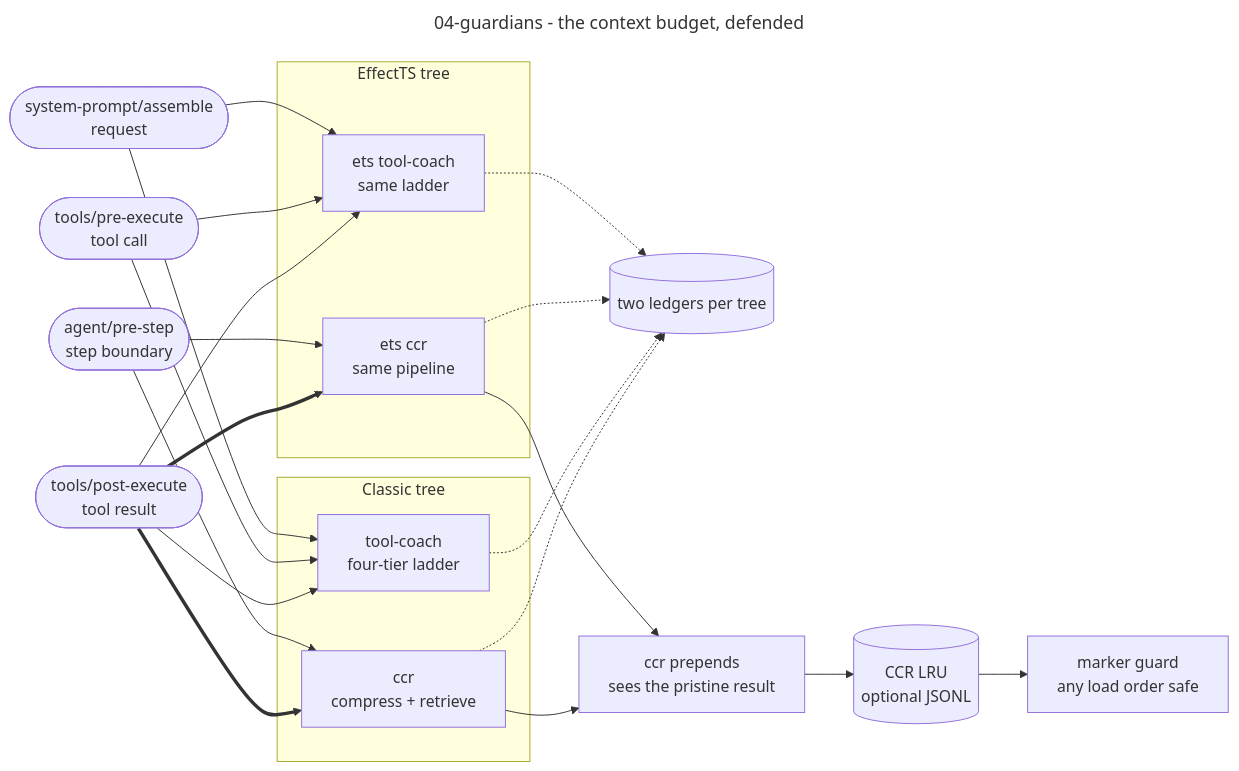
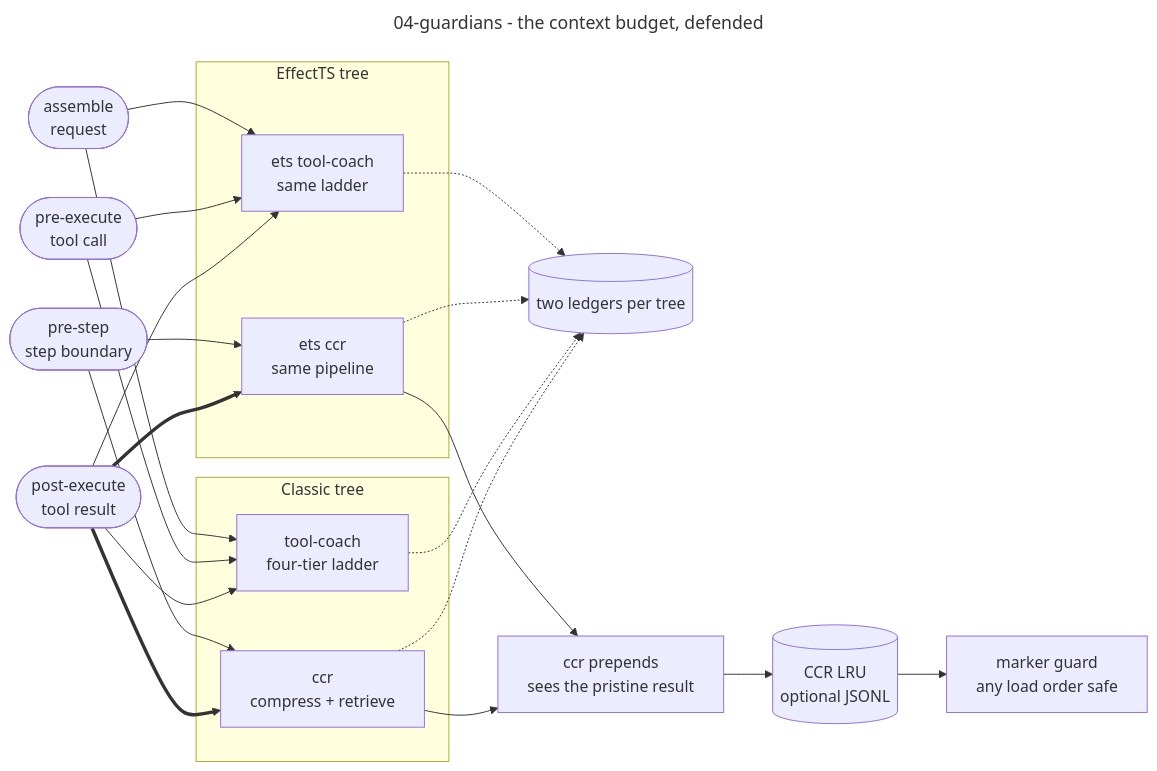
One commit to PlayForm/DeepSeek changed the diagram in Diagram/04-guardians/overview.mmd. Above: the diagram before and after it, drawn with Mermaid. The commit also changed 50 other files, not shown here.

```diff
--- a/Diagram/04-guardians/overview.mmd
+++ b/Diagram/04-guardians/overview.mmd
@@ -1,40 +1,40 @@
 ---
 title: 04-guardians - the context budget, defended
 line9:
   theme: boardroom
 ---
 flowchart LR
-  EV1(["tools/post-execute<br>tool result"]):::host
-  EV2(["tools/pre-execute<br>tool call"]):::host
-  EV3(["system-prompt/assemble<br>request"]):::host
-  EV4(["agent/pre-step<br>step boundary"]):::host
+  EV1(["post-execute<br>tool result"]):::host
+  EV2(["pre-execute<br>tool call"]):::host
+  EV3(["assemble<br>request"]):::host
+  EV4(["pre-step<br>step boundary"]):::host
   subgraph CLASSIC["Classic tree"]
     CCR["ccr<br>compress + retrieve"]:::hook
     COACH["tool-coach<br>four-tier ladder"]:::hook
   end
   subgraph ETS["EffectTS tree"]
     ECCR["ets ccr<br>same pipeline"]:::hook
     ECOACH["ets tool-coach<br>same ladder"]:::hook
   end
   STORE[("CCR LRU<br>optional JSONL")]:::store
   LED[("two ledgers per tree")]:::store
   RULE["ccr prepends<br>sees the pristine result"]:::host
   SAFE["marker guard<br>any load order safe"]:::host
   EV1 ==> CCR
   EV1 ==> ECCR
   EV1 --> COACH
   EV1 --> ECOACH
   EV2 --> COACH
   EV2 --> ECOACH
   EV3 --> COACH
   EV3 --> ECOACH
   EV4 --> CCR
   EV4 --> ECCR
   CCR --> RULE
   ECCR --> RULE
   RULE --> STORE
   STORE --> SAFE
   CCR -.-> LED
   COACH -.-> LED
   ECCR -.-> LED
   ECOACH -.-> LED
```
